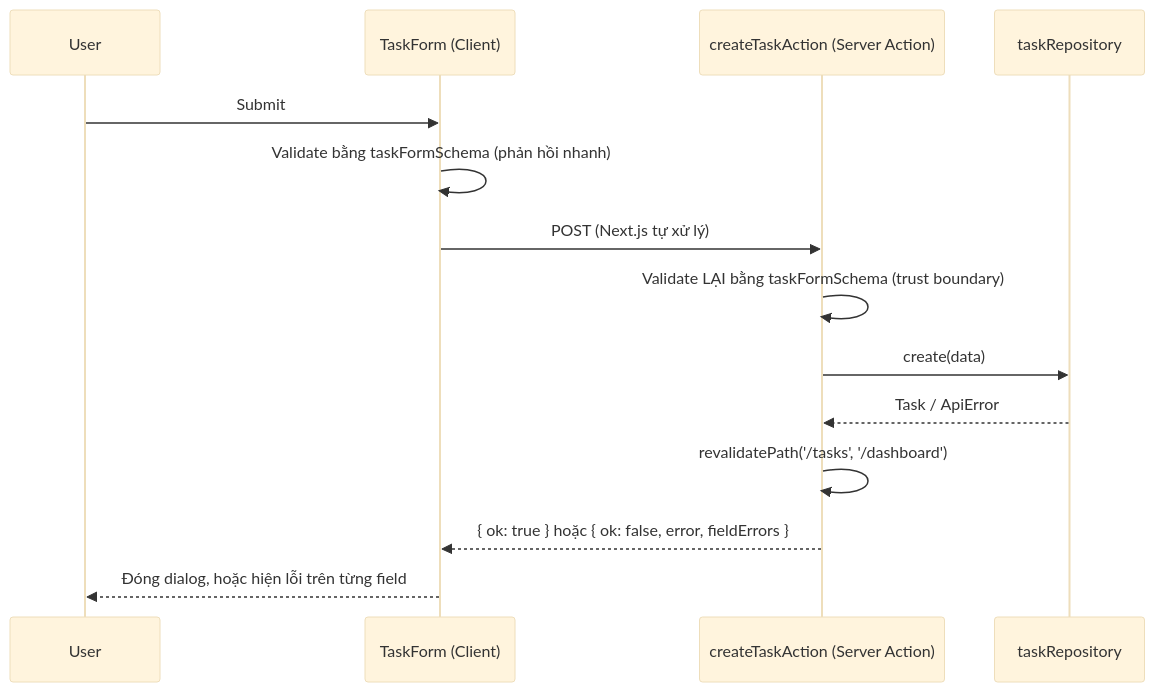
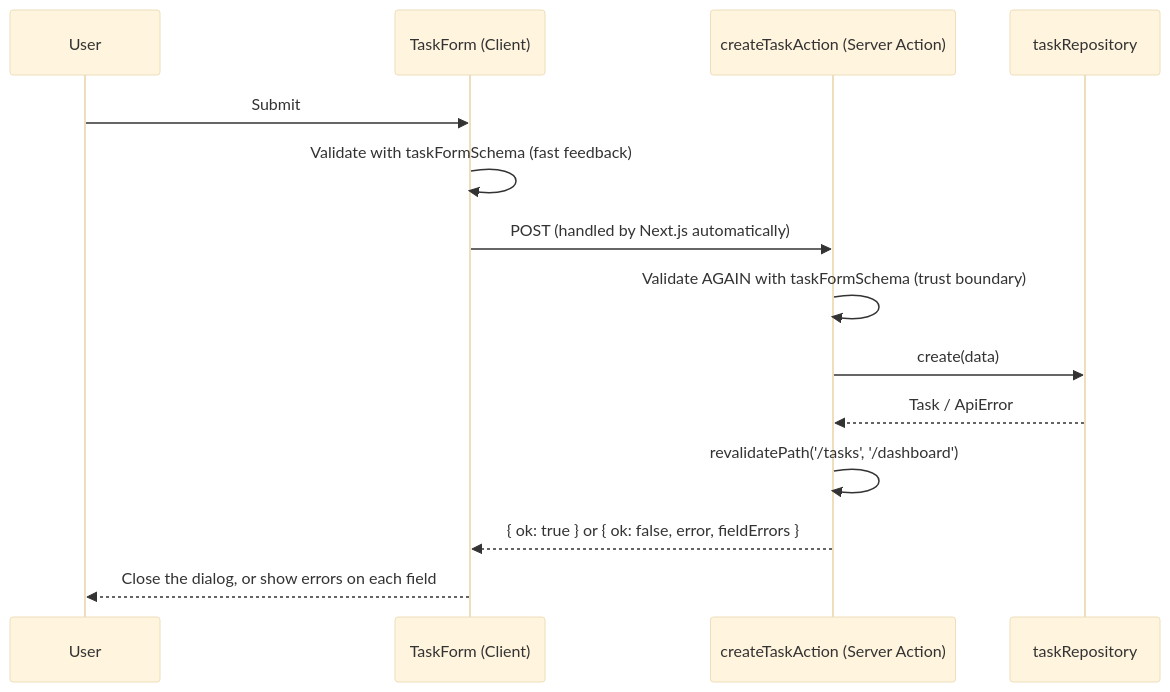
The third of 4 diagrams in docs/architecture.md (lannguyenit598/nextjs-atomic-starter), drawn with Mermaid (base theme) before and after one commit. The commit also changed other lines of this file and 20 other files, not shown here.

````diff
--- a/docs/architecture.md
+++ b/docs/architecture.md
@@ -154,16 +154,16 @@
 ```mermaid
 sequenceDiagram
     participant U as User
     participant F as TaskForm (Client)
     participant A as createTaskAction (Server Action)
     participant R as taskRepository
     U->>F: Submit
-    F->>F: Validate bằng taskFormSchema (phản hồi nhanh)
-    F->>A: POST (Next.js tự xử lý)
-    A->>A: Validate LẠI bằng taskFormSchema (trust boundary)
+    F->>F: Validate with taskFormSchema (fast feedback)
+    F->>A: POST (handled by Next.js automatically)
+    A->>A: Validate AGAIN with taskFormSchema (trust boundary)
     A->>R: create(data)
     R-->>A: Task / ApiError
     A->>A: revalidatePath('/tasks', '/dashboard')
-    A-->>F: { ok: true } hoặc { ok: false, error, fieldErrors }
-    F-->>U: Đóng dialog, hoặc hiện lỗi trên từng field
+    A-->>F: { ok: true } or { ok: false, error, fieldErrors }
+    F-->>U: Close the dialog, or show errors on each field
 ```
````
